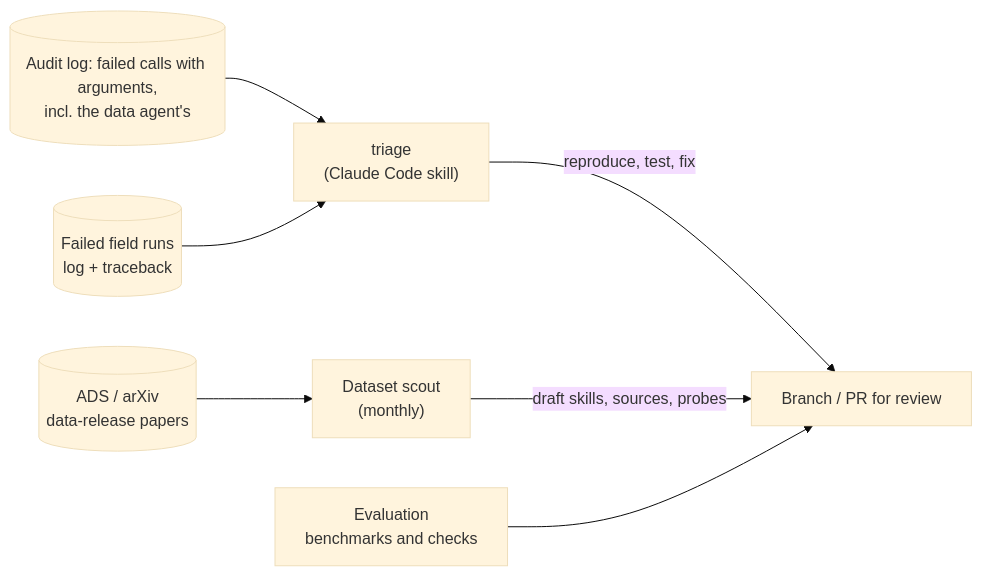
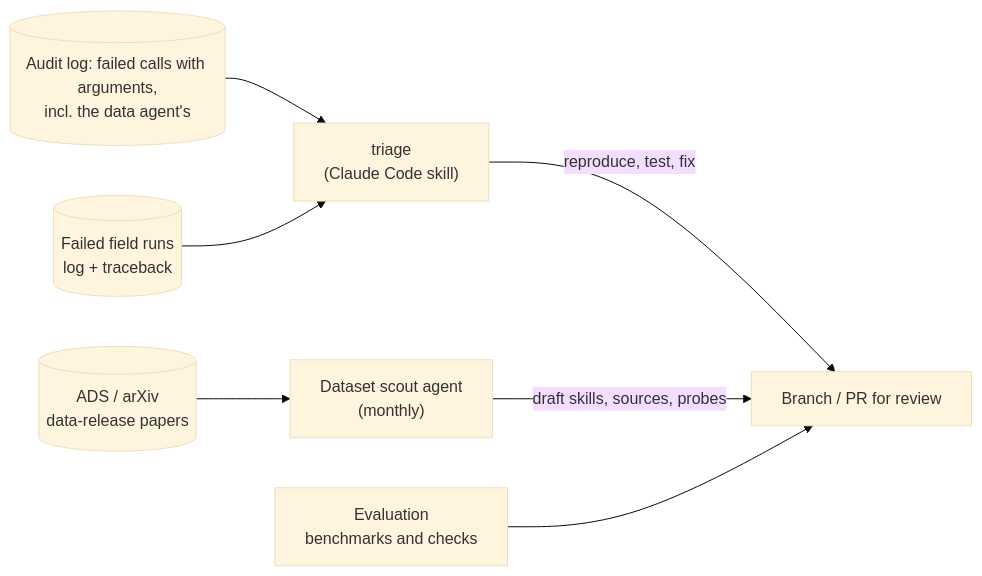
The third of 4 diagrams in README.md (KevinMcK95/scoop), drawn with Mermaid (base theme) before and after one commit. The commit also changed other lines of this file, not shown here.

Commit message:
README: overview of all four agents (chat, data, exoplanet, dataset scout)

````diff
--- a/README.md
+++ b/README.md
@@ -387,9 +424,9 @@
 ```mermaid
 flowchart LR
     A[("Audit log: failed calls with arguments,<br/>incl. the data agent's")] --> T["triage<br/>(Claude Code skill)"]
     R[("Failed field runs<br/>log + traceback")] --> T
     T -->|"reproduce, test, fix"| B["Branch / PR for review"]
-    ADS[("ADS / arXiv<br/>data-release papers")] --> SC["Dataset scout<br/>(monthly)"]
+    ADS[("ADS / arXiv<br/>data-release papers")] --> SC["Dataset scout agent<br/>(monthly)"]
     SC -->|"draft skills, sources, probes"| B
     E["Evaluation<br/>benchmarks and checks"] --> B
 ```
````
